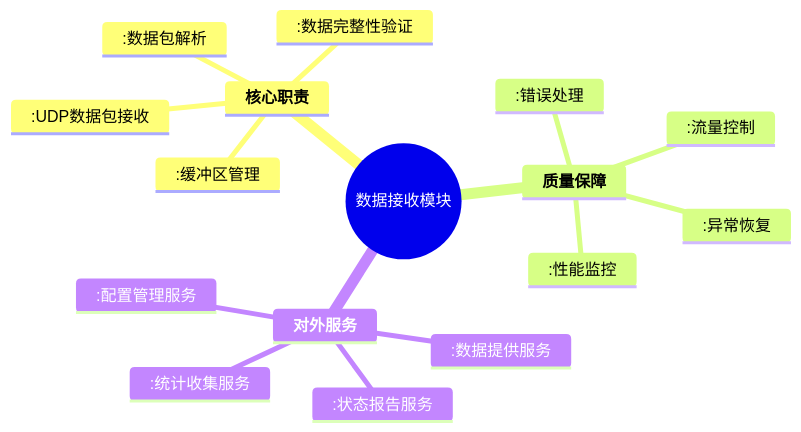
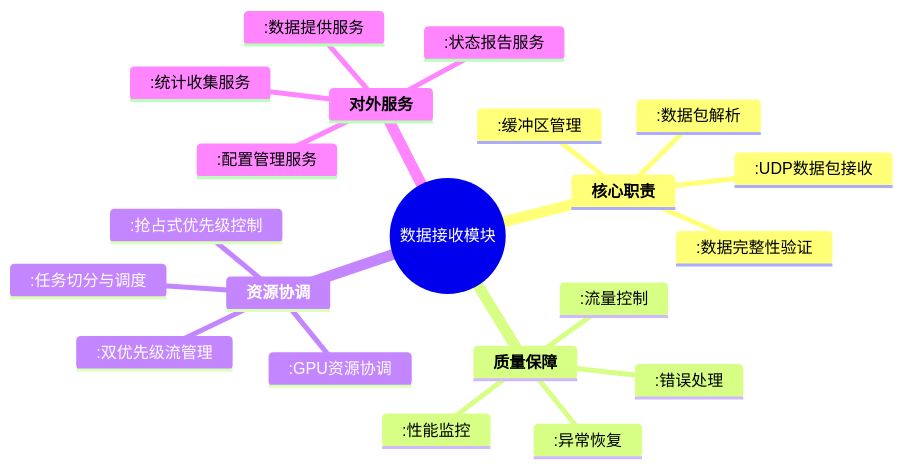
Before and after one commit to wendizhou99-cell/Radar: the first of 12 diagrams in docs/01_项目设计/02_模块设计/01_数据接收模块设计.md, drawn with Mermaid. The commit also changed other lines of this file and 92 other files, not shown here.

````diff
--- a/docs/01_项目设计/02_模块设计/01_数据接收模块设计.md
+++ b/docs/01_项目设计/02_模块设计/01_数据接收模块设计.md
@@ -79,19 +85,24 @@
 ```mermaid
 mindmap
   root((数据接收模块))
     **核心职责**
       :UDP数据包接收
       :数据包解析
       :数据完整性验证
       :缓冲区管理
     **质量保障**
       :错误处理
       :流量控制
       :性能监控
       :异常恢复
+    **资源协调**
+      :GPU资源协调
+      :抢占式优先级控制
+      :任务切分与调度
+      :双优先级流管理
     **对外服务**
       :数据提供服务
       :状态报告服务
       :配置管理服务
       :统计收集服务
 ```
````
